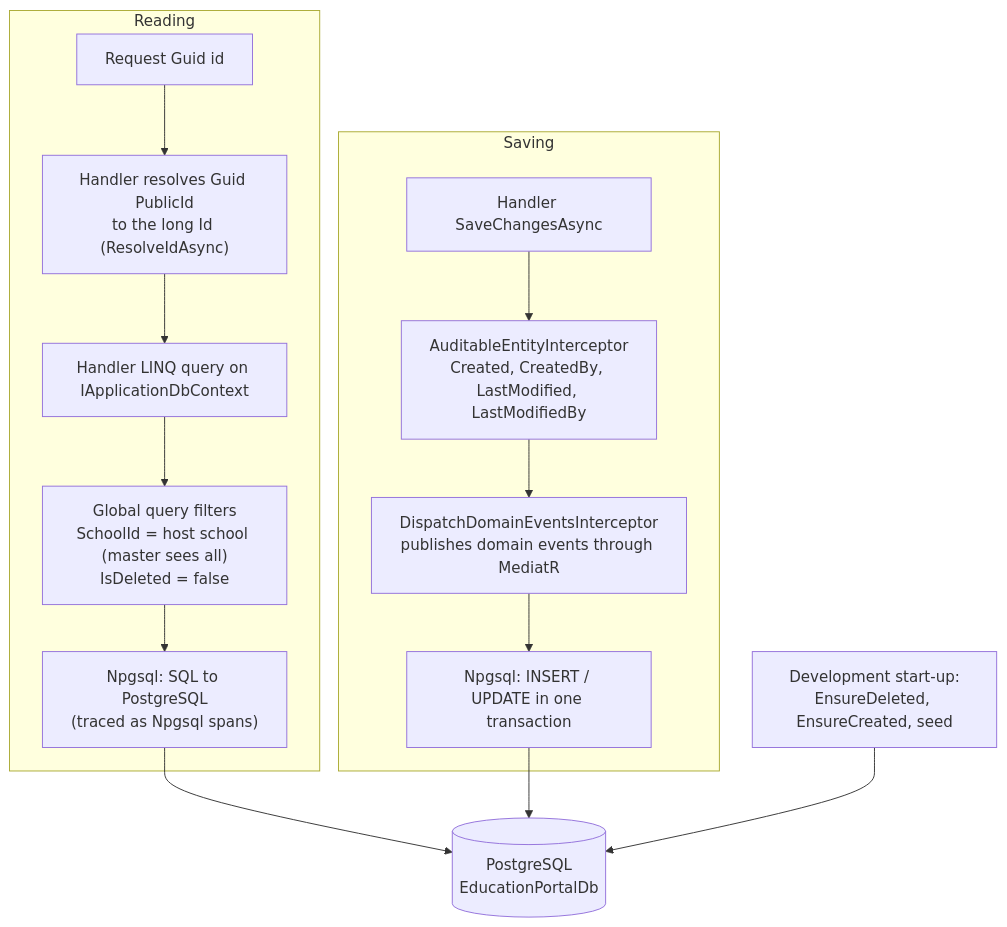
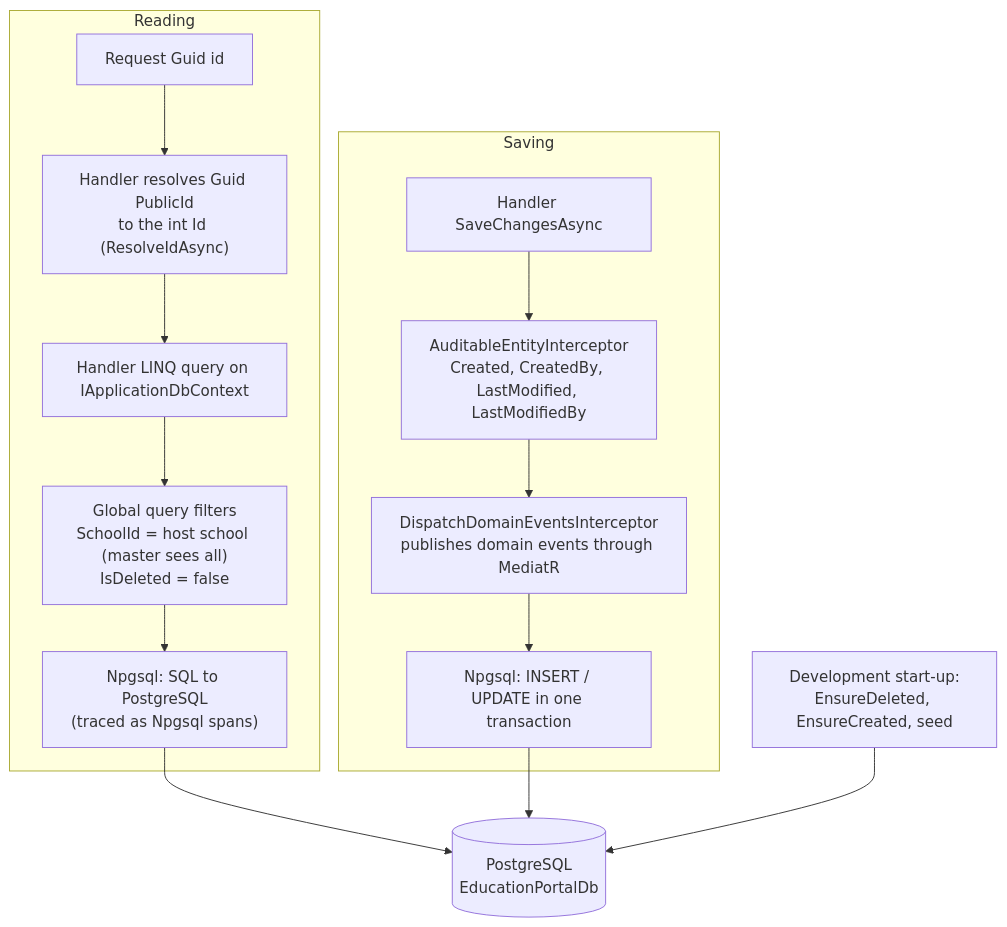
Before and after one commit to ahmedshahjr/Education-Portal: diagram 11 of 19 in README.md, drawn with Mermaid. The commit also changed other lines of this file and 38 other files, not shown here.

First line of the commit message:
Keep int internal keys, Guid public ids stay

````diff
--- a/README.md
+++ b/README.md
@@ -523,17 +523,17 @@
 ```mermaid
 flowchart TB
     subgraph read["Reading"]
-        guid["Request Guid id"] --> resolve["Handler resolves Guid PublicId<br/>to the long Id (ResolveIdAsync)"]
+        guid["Request Guid id"] --> resolve["Handler resolves Guid PublicId<br/>to the int Id (ResolveIdAsync)"]
         resolve --> q
         q["Handler LINQ query on IApplicationDbContext"] --> filters["Global query filters<br/>SchoolId = host school (master sees all)<br/>IsDeleted = false"]
         filters --> npgsqlR["Npgsql: SQL to PostgreSQL<br/>(traced as Npgsql spans)"]
     end
     subgraph write["Saving"]
         s["Handler SaveChangesAsync"] --> audit["AuditableEntityInterceptor<br/>Created, CreatedBy, LastModified, LastModifiedBy"]
         audit --> events["DispatchDomainEventsInterceptor<br/>publishes domain events through MediatR"]
         events --> npgsqlW["Npgsql: INSERT / UPDATE in one transaction"]
     end
     npgsqlR --> pg[("PostgreSQL<br/>EducationPortalDb")]
     npgsqlW --> pg
     init["Development start-up:<br/>EnsureDeleted, EnsureCreated, seed"] --> pg
 ```
````
